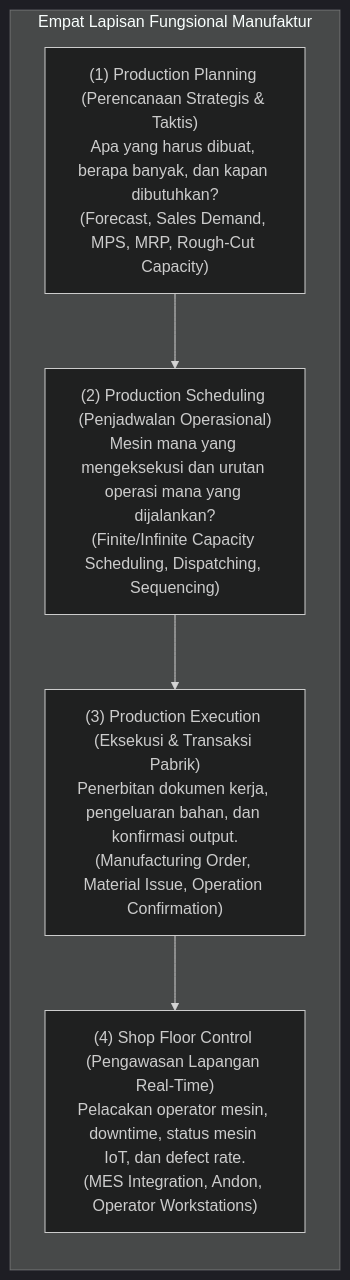
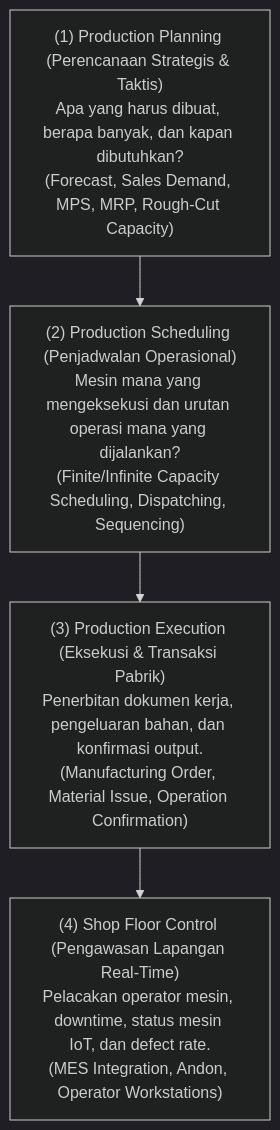
The first of 2 diagrams in content/06-manufacturing/manufacturing-fundamentals.md (alimurrofid/erp-notes), drawn with Mermaid (dark theme) before and after one commit. The commit also changed other lines of this file and 58 other files, not shown here.

Commit message:
fix(content):Mermaid Subgraph

````diff
--- a/content/06-manufacturing/manufacturing-fundamentals.md
+++ b/content/06-manufacturing/manufacturing-fundamentals.md
@@ -36,13 +36,11 @@
 ```mermaid
 flowchart TD
-    subgraph Layers["Empat Lapisan Fungsional Manufaktur"]
         direction TB
         L1["(1) Production Planning (Perencanaan Strategis & Taktis)<br/>Apa yang harus dibuat, berapa banyak, dan kapan dibutuhkan?<br/>(Forecast, Sales Demand, MPS, MRP, Rough-Cut Capacity)"]
         L2["(2) Production Scheduling (Penjadwalan Operasional)<br/>Mesin mana yang mengeksekusi dan urutan operasi mana yang dijalankan?<br/>(Finite/Infinite Capacity Scheduling, Dispatching, Sequencing)"]
         L3["(3) Production Execution (Eksekusi & Transaksi Pabrik)<br/>Penerbitan dokumen kerja, pengeluaran bahan, dan konfirmasi output.<br/>(Manufacturing Order, Material Issue, Operation Confirmation)"]
         L4["(4) Shop Floor Control (Pengawasan Lapangan Real-Time)<br/>Pelacakan operator mesin, downtime, status mesin IoT, dan defect rate.<br/>(MES Integration, Andon, Operator Workstations)"]
-    end
     L1 --> L2
     L2 --> L3
     L3 --> L4
 ```
````
